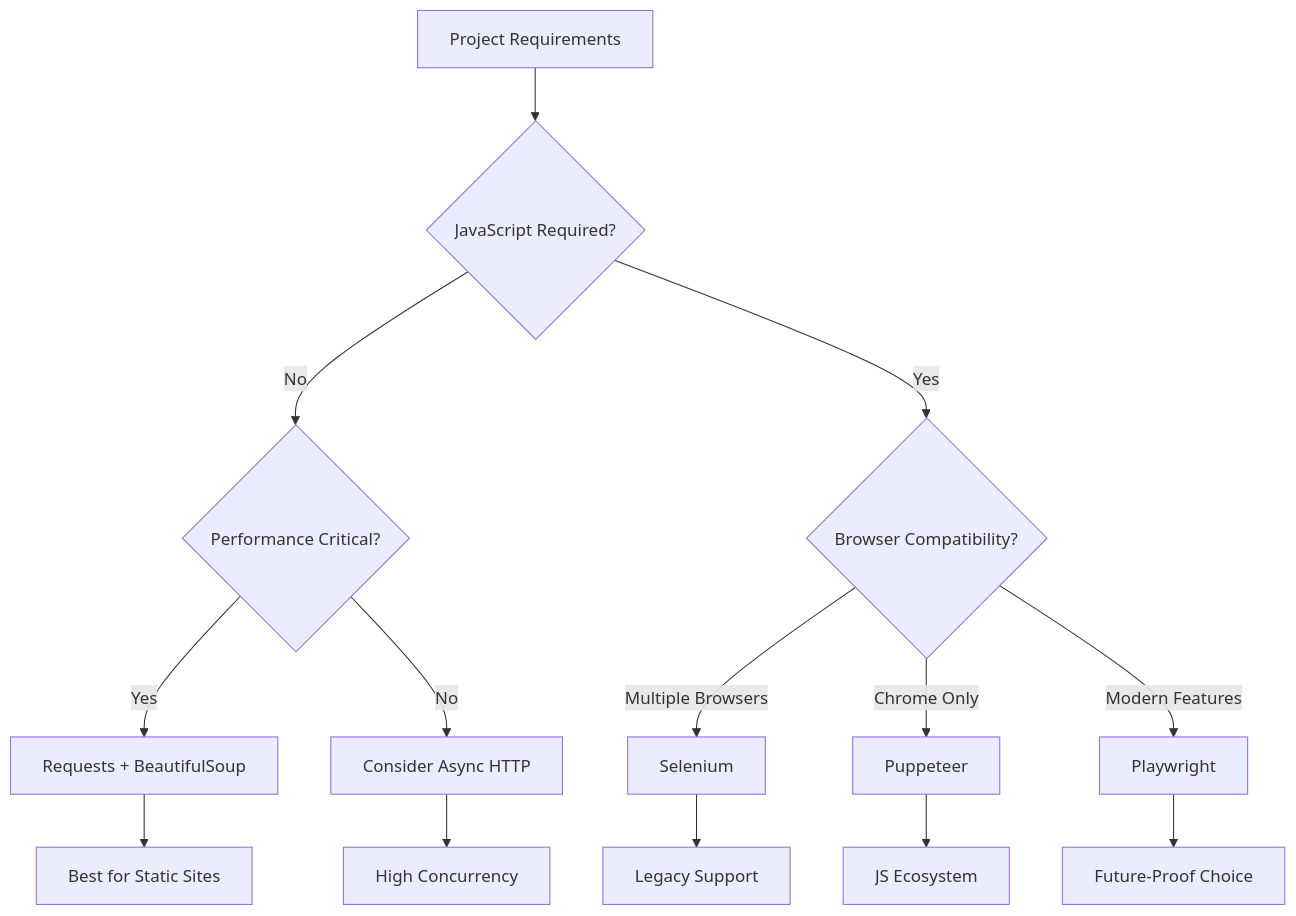
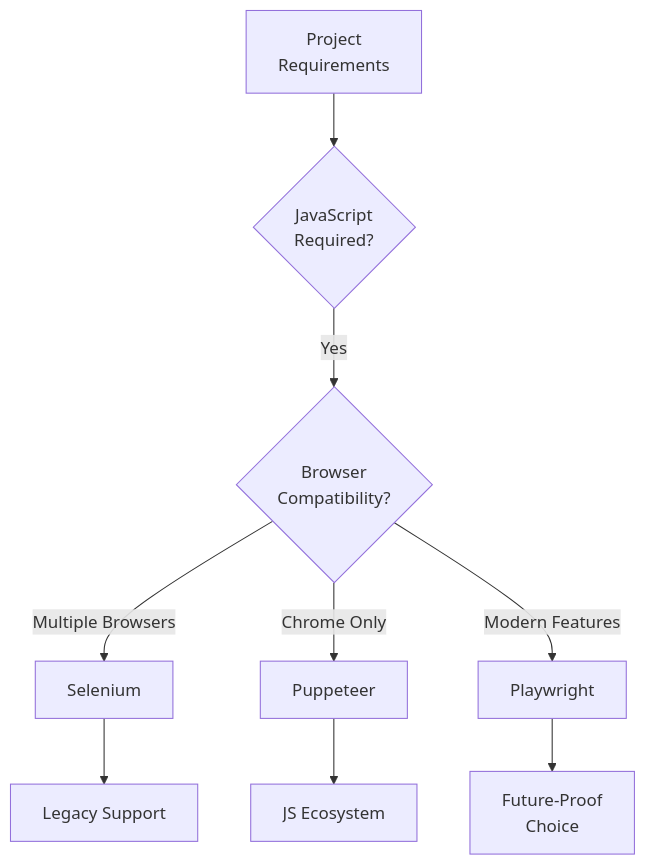
Before and after one commit to bytetunnels/bytetunnels.github.com: the fourth of 4 diagrams in _posts/2025-05-19-scraping-tools-compared-finding-your-starting-point.md, drawn with Mermaid. The commit also changed other lines of this file and 118 other files, not shown here.

Commit message:
feat: improve diagram styling and compact wide flowcharts

````diff
--- a/_posts/2025-05-19-scraping-tools-compared-finding-your-starting-point.md
+++ b/_posts/2025-05-19-scraping-tools-compared-finding-your-starting-point.md
@@ -202,21 +222,15 @@
 ```mermaid
 graph TD
-    A[Project Requirements]
-    A --> B{JavaScript Required?}
+    A["Project<br/>Requirements"]
+    A --> B{"JavaScript<br/>Required?"}
 
-    B -->|No| C{Performance Critical?}
-    B -->|Yes| D{Browser Compatibility?}
-
-    C -->|Yes| E[Requests + BeautifulSoup]
-    C -->|No| F[Consider Async HTTP]
+    B -->|Yes| D{"Browser<br/>Compatibility?"}
 
     D -->|Multiple Browsers| G[Selenium]
     D -->|Chrome Only| H[Puppeteer]
     D -->|Modern Features| I[Playwright]
 
-    E --> J[Best for Static Sites]
-    F --> K[High Concurrency]
     G --> L[Legacy Support]
     H --> M[JS Ecosystem]
-    I --> N[Future-Proof Choice]
+    I --> N["Future-Proof<br/>Choice"]
 ```
````
